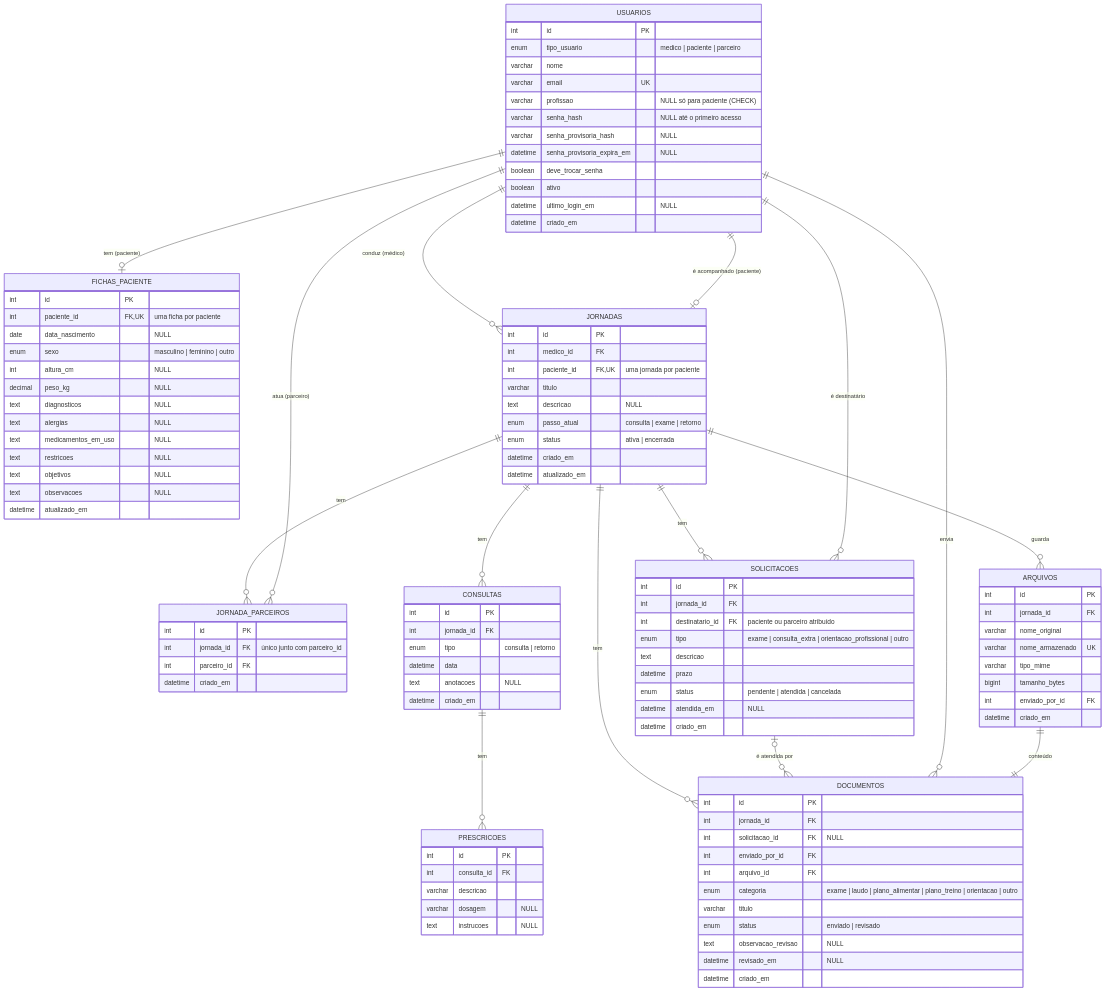
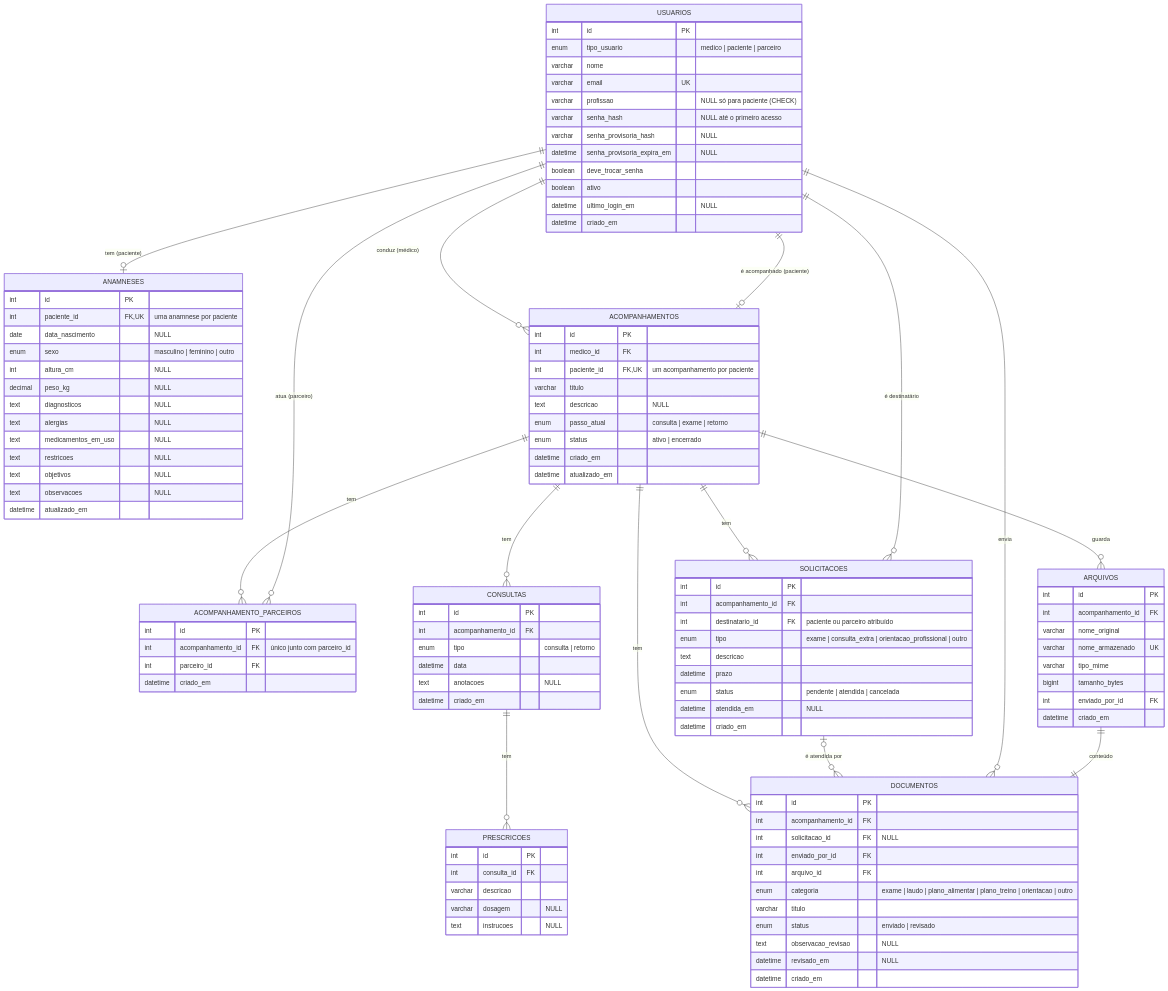
The second of 3 diagrams in docs/diagramas.md (Life-Scan/LifeScan), drawn with Mermaid before and after one commit. The commit also changed other lines of this file and 70 other files, not shown here.

First line of the commit message:
Renomeia jornada para acompanhamento e ficha do paciente para anamnese

````diff
--- a/docs/diagramas.md
+++ b/docs/diagramas.md
@@ -207,9 +207,9 @@
         datetime ultimo_login_em "NULL"
         datetime criado_em
     }
-    FICHAS_PACIENTE {
+    ANAMNESES {
         int id PK
-        int paciente_id FK,UK "uma ficha por paciente"
+        int paciente_id FK,UK "uma anamnese por paciente"
         date data_nascimento "NULL"
         enum sexo "masculino | feminino | outro"
         int altura_cm "NULL"
@@ -222,26 +222,26 @@
         text observacoes "NULL"
         datetime atualizado_em
     }
-    JORNADAS {
+    ACOMPANHAMENTOS {
         int id PK
         int medico_id FK
-        int paciente_id FK,UK "uma jornada por paciente"
+        int paciente_id FK,UK "um acompanhamento por paciente"
         varchar titulo
         text descricao "NULL"
         enum passo_atual "consulta | exame | retorno"
-        enum status "ativa | encerrada"
+        enum status "ativo | encerrado"
         datetime criado_em
         datetime atualizado_em
     }
-    JORNADA_PARCEIROS {
+    ACOMPANHAMENTO_PARCEIROS {
         int id PK
-        int jornada_id FK "único junto com parceiro_id"
+        int acompanhamento_id FK "único junto com parceiro_id"
         int parceiro_id FK
         datetime criado_em
     }
     CONSULTAS {
         int id PK
-        int jornada_id FK
+        int acompanhamento_id FK
         enum tipo "consulta | retorno"
         datetime data
         text anotacoes "NULL"
@@ -256,7 +256,7 @@
     }
     SOLICITACOES {
         int id PK
-        int jornada_id FK
+        int acompanhamento_id FK
         int destinatario_id FK "paciente ou parceiro atribuído"
         enum tipo "exame | consulta_extra | orientacao_profissional | outro"
         text descricao
@@ -267,7 +267,7 @@
     }
     DOCUMENTOS {
         int id PK
-        int jornada_id FK
+        int acompanhamento_id FK
         int solicitacao_id FK "NULL"
         int enviado_por_id FK
         int arquivo_id FK
@@ -280,7 +280,7 @@
     }
     ARQUIVOS {
         int id PK
-        int jornada_id FK
+        int acompanhamento_id FK
         varchar nome_original
         varchar nome_armazenado UK
         varchar tipo_mime
@@ -289,18 +289,18 @@
         datetime criado_em
     }
 
-    USUARIOS ||--o| FICHAS_PACIENTE : "tem (paciente)"
-    USUARIOS ||--o{ JORNADAS : "conduz (médico)"
-    USUARIOS ||--o| JORNADAS : "é acompanhado (paciente)"
-    JORNADAS ||--o{ JORNADA_PARCEIROS : "tem"
-    USUARIOS ||--o{ JORNADA_PARCEIROS : "atua (parceiro)"
-    JORNADAS ||--o{ CONSULTAS : "tem"
+    USUARIOS ||--o| ANAMNESES : "tem (paciente)"
+    USUARIOS ||--o{ ACOMPANHAMENTOS : "conduz (médico)"
+    USUARIOS ||--o| ACOMPANHAMENTOS : "é acompanhado (paciente)"
+    ACOMPANHAMENTOS ||--o{ ACOMPANHAMENTO_PARCEIROS : "tem"
+    USUARIOS ||--o{ ACOMPANHAMENTO_PARCEIROS : "atua (parceiro)"
+    ACOMPANHAMENTOS ||--o{ CONSULTAS : "tem"
     CONSULTAS ||--o{ PRESCRICOES : "tem"
-    JORNADAS ||--o{ SOLICITACOES : "tem"
+    ACOMPANHAMENTOS ||--o{ SOLICITACOES : "tem"
     USUARIOS ||--o{ SOLICITACOES : "é destinatário"
-    JORNADAS ||--o{ DOCUMENTOS : "tem"
+    ACOMPANHAMENTOS ||--o{ DOCUMENTOS : "tem"
     SOLICITACOES |o--o{ DOCUMENTOS : "é atendida por"
     USUARIOS ||--o{ DOCUMENTOS : "envia"
     ARQUIVOS ||--|| DOCUMENTOS : "conteúdo"
-    JORNADAS ||--o{ ARQUIVOS : "guarda"
+    ACOMPANHAMENTOS ||--o{ ARQUIVOS : "guarda"
 ```
````
